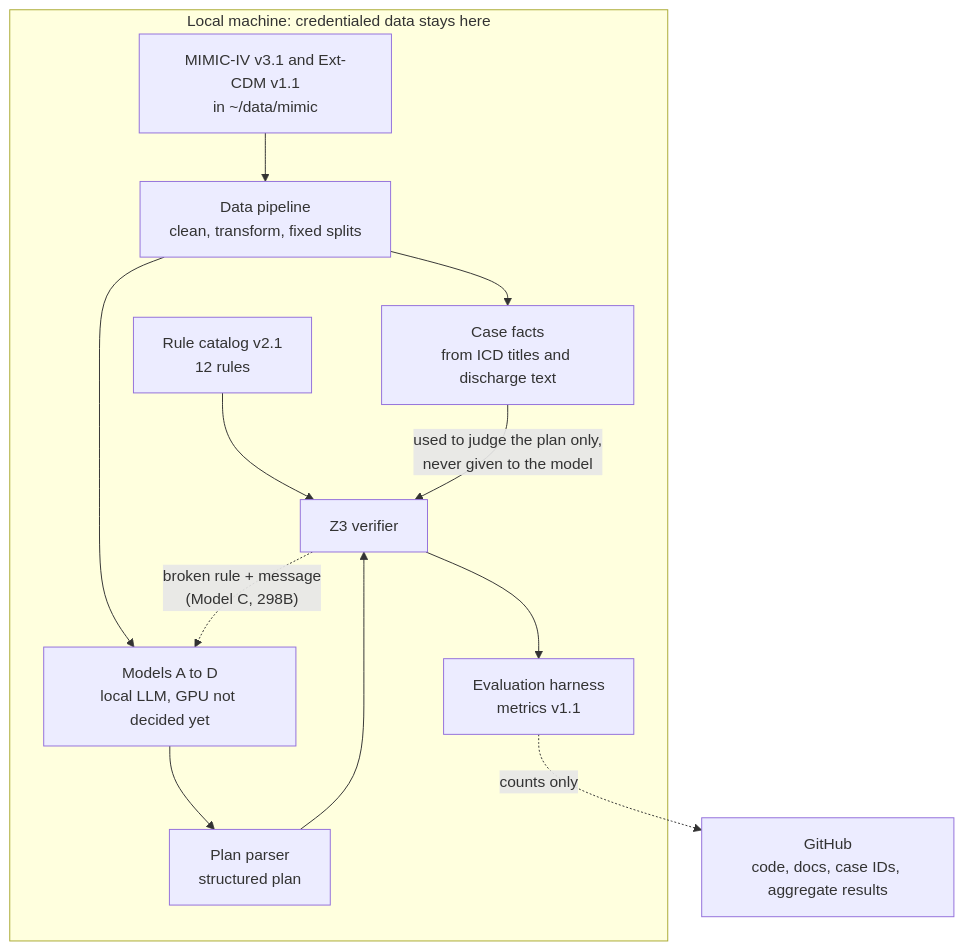
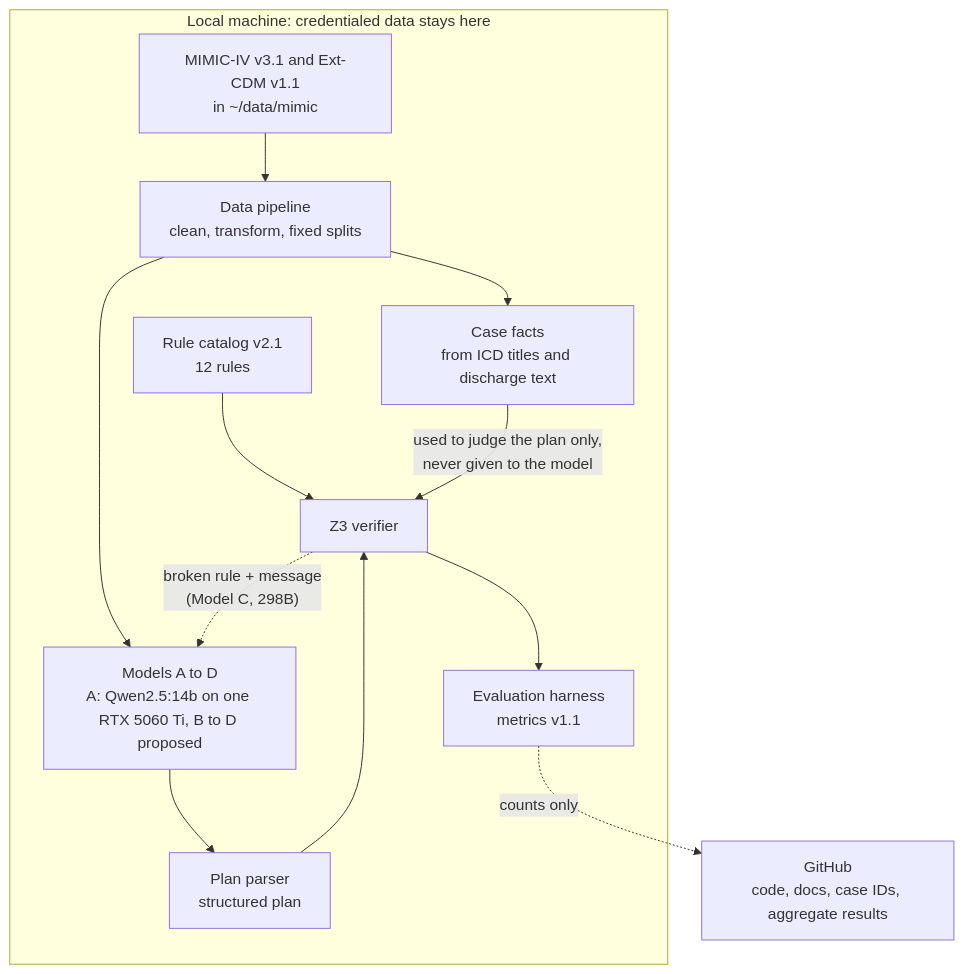
The diagram in docs/workbook2_model_development.md (Akashkumarsenthil/Clinical-Discharge-Treatment-Plan-Verification), drawn with Mermaid before and after one commit. The commit also changed other lines of this file and 4 other files, not shown here.

````diff
--- a/docs/workbook2_model_development.md
+++ b/docs/workbook2_model_development.md
@@ -23,15 +23,15 @@
 ```mermaid
 flowchart TD
     subgraph LOCAL["Local machine: credentialed data stays here"]
         D["MIMIC-IV v3.1 and Ext-CDM v1.1<br/>in ~/data/mimic"] --> P["Data pipeline<br/>clean, transform, fixed splits"]
         P --> F["Case facts<br/>from ICD titles and discharge text"]
-        P --> M["Models A to D<br/>local LLM, GPU not decided yet"]
+        P --> M["Models A to D<br/>A: Qwen2.5:14b on one RTX 5060 Ti, B to D proposed"]
         M --> Q["Plan parser<br/>structured plan"]
         Q --> Z["Z3 verifier"]
         R["Rule catalog v2.1<br/>12 rules"] --> Z
         F -->|"used to judge the plan only,<br/>never given to the model"| Z
         Z --> E["Evaluation harness<br/>metrics v1.1"]
     end
     E -.->|"counts only"| G["GitHub<br/>code, docs, case IDs, aggregate results"]
     Z -.->|"broken rule + message<br/>(Model C, 298B)"| M
 ```
````
